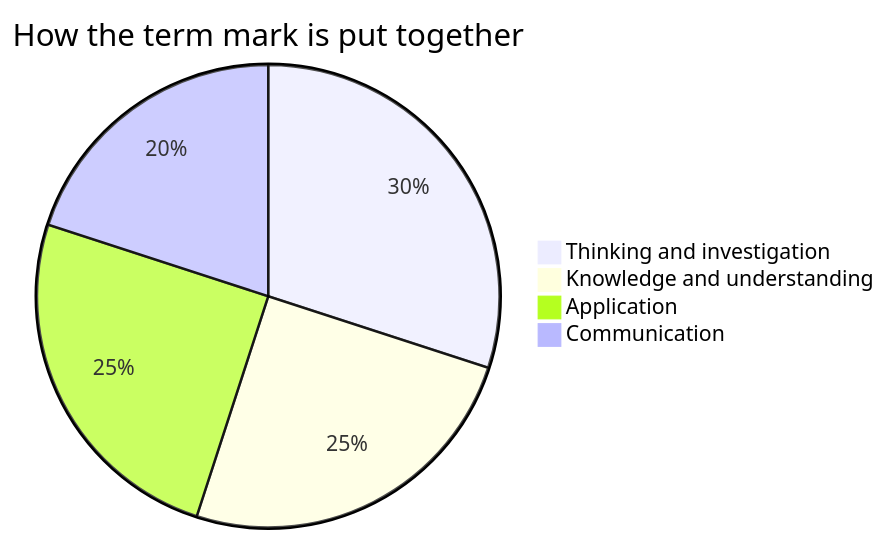
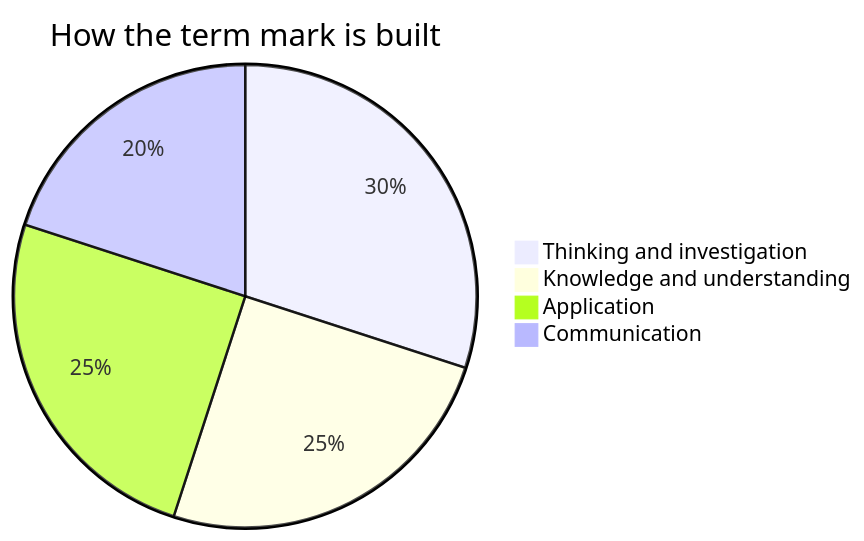
Before and after one commit to russellgordon/containerized-quartz-for-teachers: the third of 3 diagrams in support/example_content/SCH4U/shared/Style/What This Site Can Do.md, drawn with Mermaid. The commit also changed 31 other files, not shown here.

First line of the commit message:
Pie titles fit the chart mermaid actually draws

````diff
--- a/support/example_content/SCH4U/shared/Style/What This Site Can Do.md
+++ b/support/example_content/SCH4U/shared/Style/What This Site Can Do.md
@@ -250,7 +250,7 @@
 ```mermaid
-pie title How the term mark is put together
+pie title How the term mark is built
     "Thinking and investigation" : 30
     "Knowledge and understanding" : 25
     "Application" : 25
     "Communication" : 20
 ```
````
